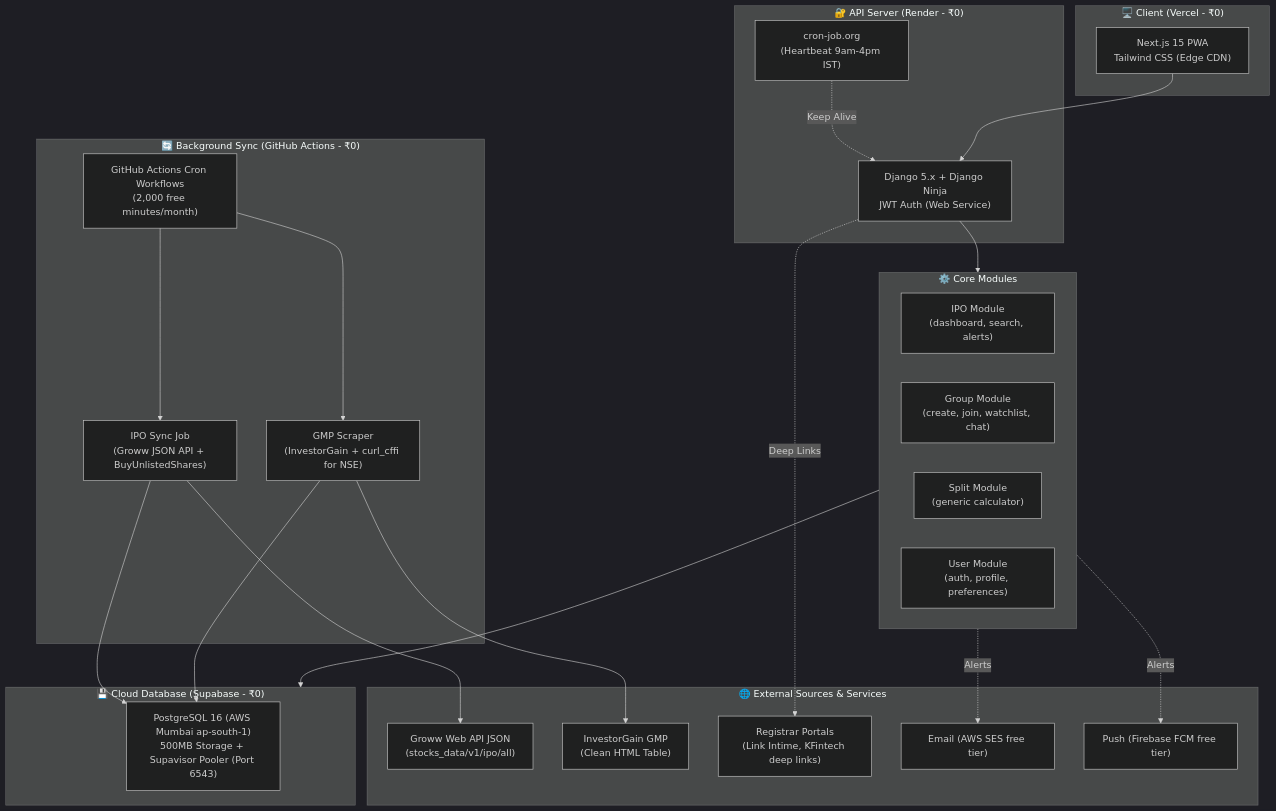
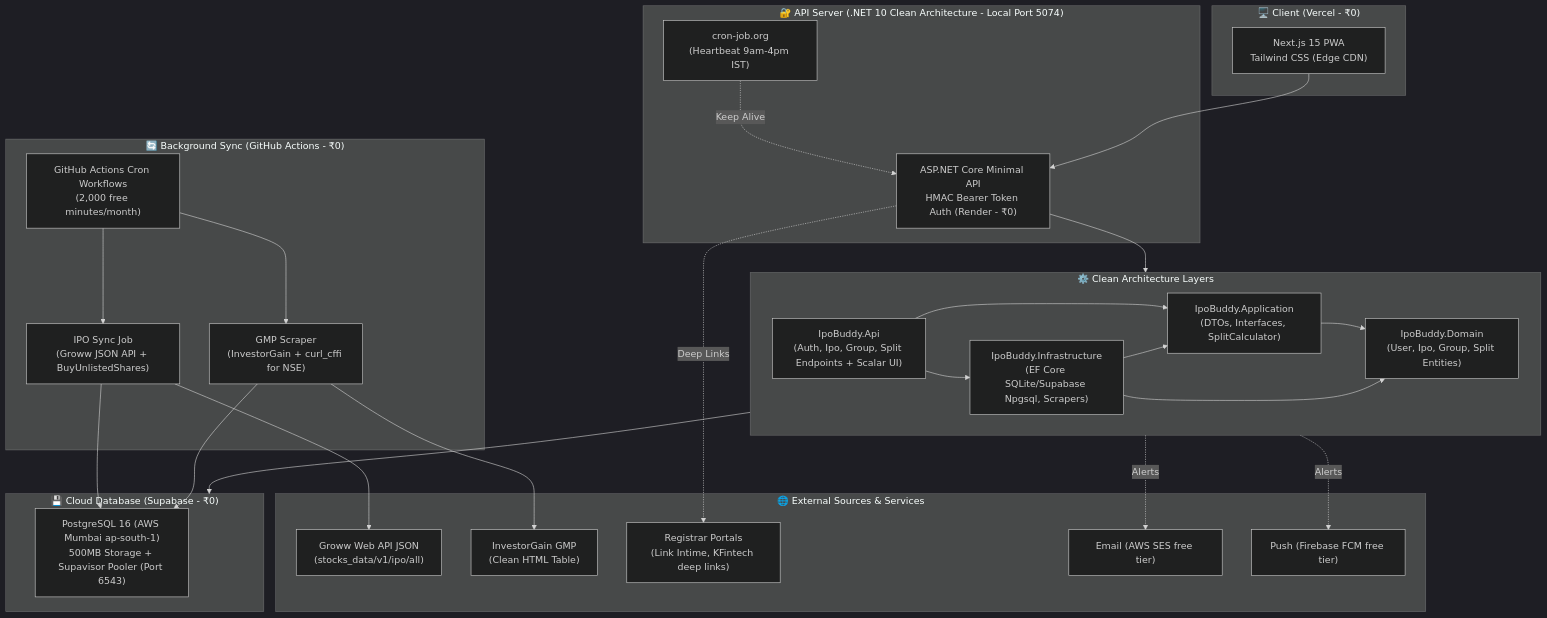
Before and after one commit to umangkavaiya/ipo-buddy: the fifth of 6 diagrams in ARCHITECTURE.md, drawn with Mermaid (dark theme). The commit also changed other lines of this file and 2 other files, not shown here.

Commit message:
docs: update architecture and record ADR-002 for .NET 10 Clean Architecture on port 5074

````diff
--- a/ARCHITECTURE.md
+++ b/ARCHITECTURE.md
@@ -209,50 +209,55 @@
 ```mermaid
 flowchart TD
     subgraph Client["🖥️ Client (Vercel - ₹0)"]
         WEB["Next.js 15 PWA<br/>Tailwind CSS (Edge CDN)"]
     end
 
-    subgraph API["🔐 API Server (Render - ₹0)"]
-        DJANGO["Django 5.x + Django Ninja<br/>JWT Auth (Web Service)"]
+    subgraph API["🔐 API Server (.NET 10 Clean Architecture - Local Port 5074)"]
+        DOTNET["ASP.NET Core Minimal API<br/>HMAC Bearer Token Auth (Render - ₹0)"]
         CRON_PING["cron-job.org<br/>(Heartbeat 9am-4pm IST)"]
-        CRON_PING -. Keep Alive .-> DJANGO
+        CRON_PING -. Keep Alive .-> DOTNET
     end
 
-    subgraph Core["⚙️ Core Modules"]
-        IPO_M["IPO Module<br/>(dashboard, search, alerts)"]
-        GRP["Group Module<br/>(create, join, watchlist, chat)"]
-        SPLIT["Split Module<br/>(generic calculator)"]
-        USER_M["User Module<br/>(auth, profile, preferences)"]
+    subgraph Core["⚙️ Clean Architecture Layers"]
+        DOMAIN["IpoBuddy.Domain<br/>(User, Ipo, Group, Split Entities)"]
+        APP_LAYER["IpoBuddy.Application<br/>(DTOs, Interfaces, SplitCalculator)"]
+        INFRA["IpoBuddy.Infrastructure<br/>(EF Core SQLite/Supabase Npgsql, Scrapers)"]
+        API_LAYER["IpoBuddy.Api<br/>(Auth, Ipo, Group, Split Endpoints + Scalar UI)"]
+        API_LAYER --> APP_LAYER
+        API_LAYER --> INFRA
+        INFRA --> APP_LAYER
+        INFRA --> DOMAIN
+        APP_LAYER --> DOMAIN
     end
 
     subgraph Data["💾 Cloud Database (Supabase - ₹0)"]
         PG["PostgreSQL 16 (AWS Mumbai ap-south-1)<br/>500MB Storage + Supavisor Pooler (Port 6543)"]
     end
 
     subgraph Automation["🔄 Background Sync (GitHub Actions - ₹0)"]
         GHA["GitHub Actions Cron Workflows<br/>(2,000 free minutes/month)"]
         IPO_SYNC["IPO Sync Job<br/>(Groww JSON API + BuyUnlistedShares)"]
         GMP_SYNC["GMP Scraper<br/>(InvestorGain + curl_cffi for NSE)"]
         GHA --> IPO_SYNC
         GHA --> GMP_SYNC
     end
 
     subgraph External["🌐 External Sources & Services"]
         GROWW["Groww Web API JSON<br/>(stocks_data/v1/ipo/all)"]
         INVESTORGAIN["InvestorGain GMP<br/>(Clean HTML Table)"]
         REGISTRAR["Registrar Portals<br/>(Link Intime, KFintech deep links)"]
         EMAIL["Email (AWS SES free tier)"]
         PUSH["Push (Firebase FCM free tier)"]
     end
 
-    WEB --> DJANGO
-    DJANGO --> Core
+    WEB --> DOTNET
+    DOTNET --> Core
     Core --> Data
     IPO_SYNC --> GROWW
     GMP_SYNC --> INVESTORGAIN
     IPO_SYNC --> PG
     GMP_SYNC --> PG
-    DJANGO -. Deep Links .-> REGISTRAR
+    DOTNET -. Deep Links .-> REGISTRAR
     Core -. Alerts .-> EMAIL
     Core -. Alerts .-> PUSH
 ```
````
